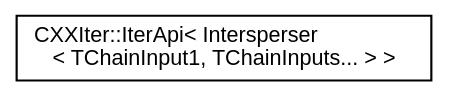
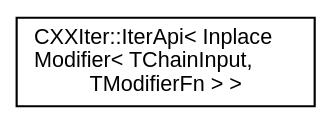
One commit to seijikun/CXXIter changed the diagram in inherit_graph_8.dot. Above: the diagram before and after it, drawn with Graphviz. The commit also changed 54 other files, not shown here.

```diff
--- a/inherit_graph_8.dot
+++ b/inherit_graph_8.dot
@@ -1,10 +1,10 @@
 digraph "Graphical Class Hierarchy"
 {
  // INTERACTIVE_SVG=YES
  // LATEX_PDF_SIZE
   bgcolor="transparent";
   edge [fontname="Helvetica",fontsize="10",labelfontname="Helvetica",labelfontsize="10"];
   node [fontname="Helvetica",fontsize="10",shape=record];
   rankdir="LR";
-  Node0 [label="CXXIter::IterApi\< Intersperser\l\< TChainInput1, TChainInputs... \> \>",height=0.2,width=0.4,color="black",URL="$classCXXIter_1_1IterApi.html",tooltip=" "];
+  Node0 [label="CXXIter::IterApi\< Inplace\lModifier\< TChainInput,\l TModifierFn \> \>",height=0.2,width=0.4,color="black",URL="$classCXXIter_1_1IterApi.html",tooltip=" "];
 }
```
